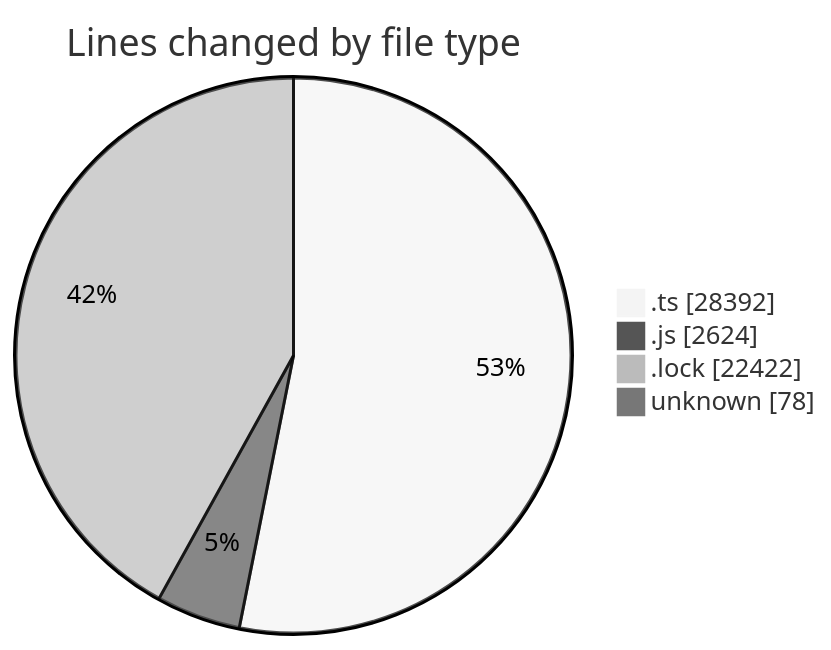
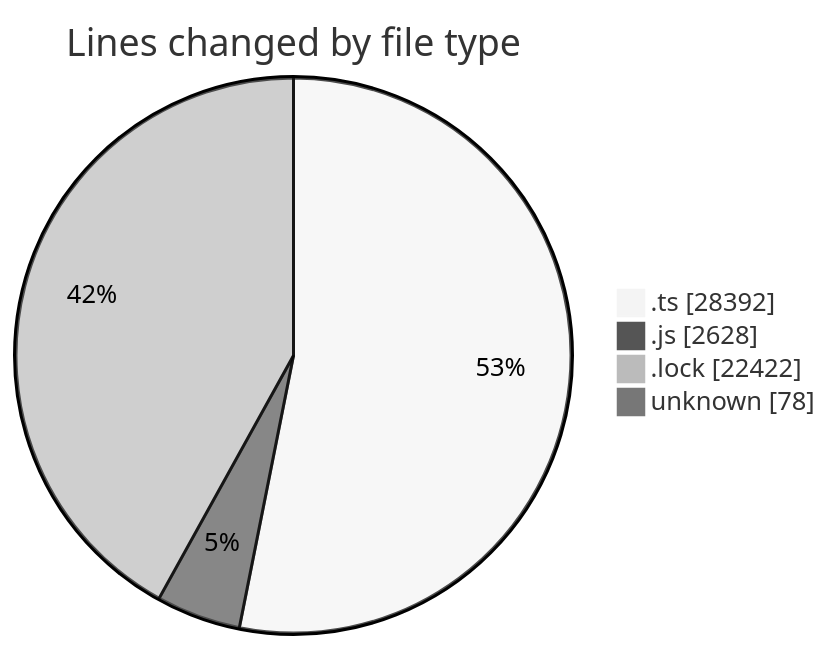
The first of 2 diagrams in 2025-05-20/cda/README.md (momahboobian/code-tracking), drawn with Mermaid (neutral theme) before and after one commit. The commit also changed other lines of this file and 1 other file, not shown here.

````diff
--- a/2025-05-20/cda/README.md
+++ b/2025-05-20/cda/README.md
@@ -42,8 +42,8 @@
 ```mermaid
 pie showData
 title Lines changed by file type
 ".ts" : 28392
-".js" : 2624
+".js" : 2628
 ".lock" : 22422
 "unknown" : 78
 ```
````
